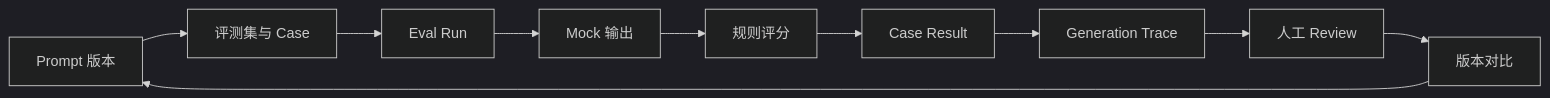
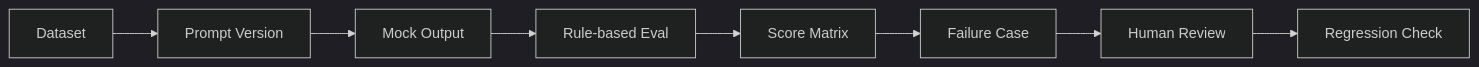
Before and after one commit to jameswilson87156-del/ai-agent-eval-promptops: the diagram in README.md, drawn with Mermaid (dark theme). The commit also changed other lines of this file and 2 other files, not shown here.

````diff
--- a/README.md
+++ b/README.md
@@ -59,12 +80,10 @@
 ```mermaid
 flowchart LR
-    A[Prompt 版本] --> B[评测集与 Case]
-    B --> C[Eval Run]
-    C --> D[Mock 输出]
-    D --> E[规则评分]
-    E --> F[Case Result]
-    F --> G[Generation Trace]
-    G --> H[人工 Review]
-    H --> I[版本对比]
-    I --> A
+    A[Dataset] --> B[Prompt Version]
+    B --> C[Mock Output]
+    C --> D[Rule-based Eval]
+    D --> E[Score Matrix]
+    E --> F[Failure Case]
+    F --> G[Human Review]
+    G --> H[Regression Check]
 ```
````
